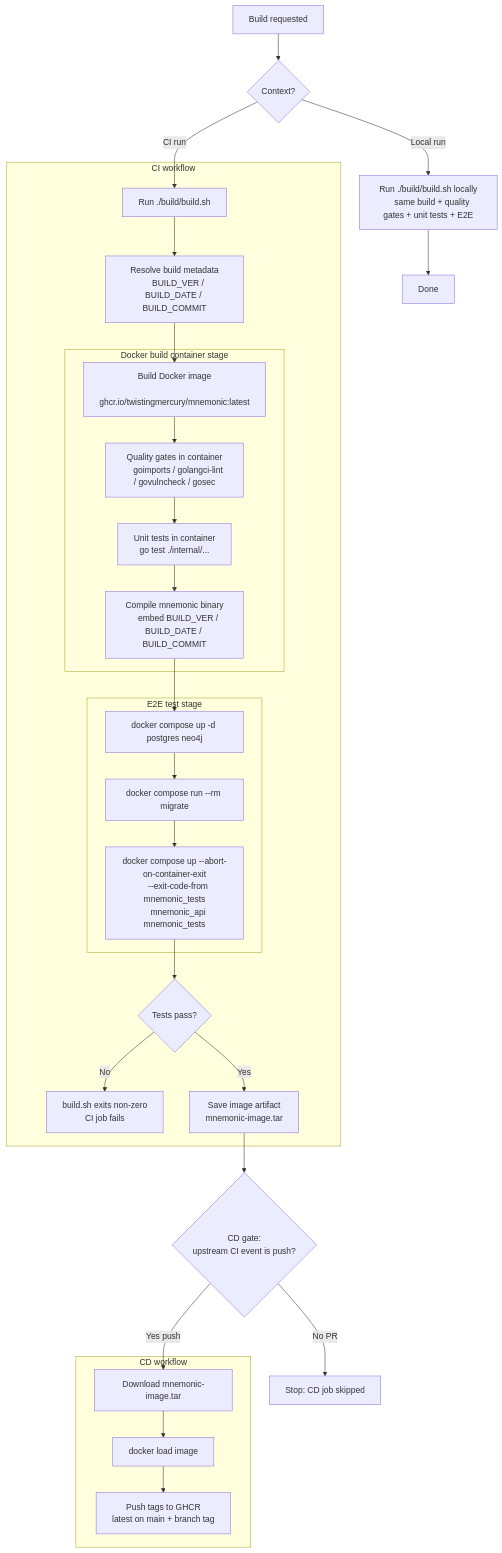
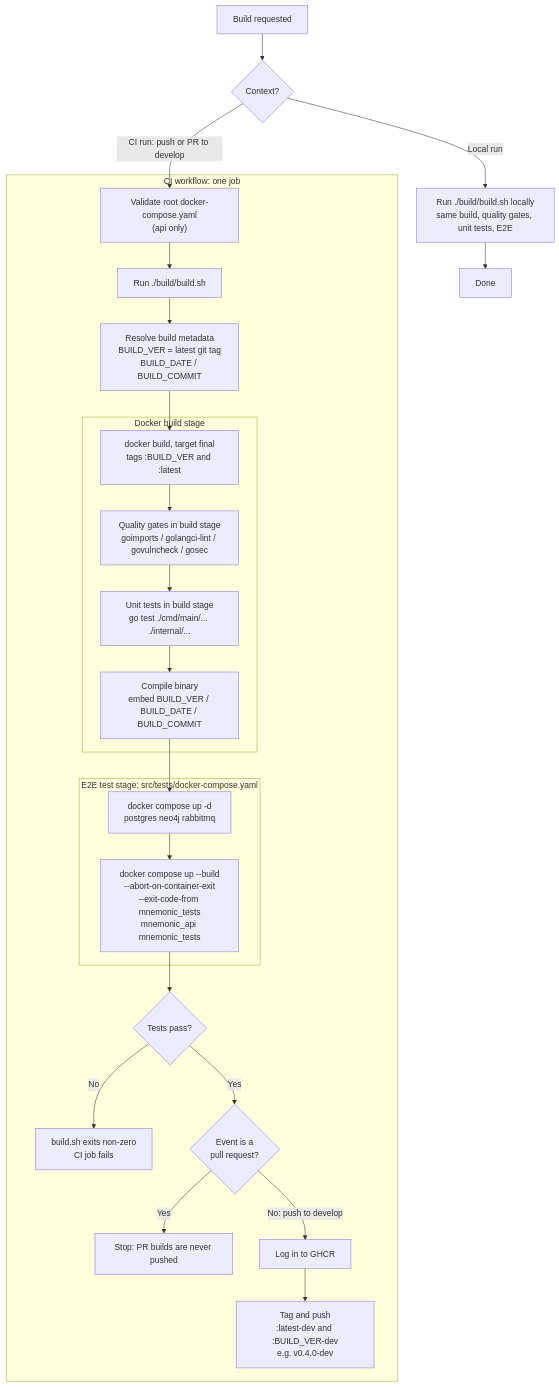
The diagram in docs/diagrams/example-go-ci-cd-diagram.md (twistingmercury/mnemonic-docs), drawn with Mermaid before and after one commit. The commit also changed other lines of this file and 41 other files, not shown here.

First line of the commit message:
docs: review all docs against v0.4.0 develop code

````diff
--- a/docs/diagrams/example-go-ci-cd-diagram.md
+++ b/docs/diagrams/example-go-ci-cd-diagram.md
@@ -8,55 +8,32 @@
 ```mermaid
 flowchart TD
     A["Build requested"] --> K{"Context?"}
-    K -->|Local run| L["Run ./build/build.sh locally
-    same build + quality gates + unit tests + E2E"]
+    K -->|Local run| L["Run ./build/build.sh locally<br/>same build, quality gates, unit tests, E2E"]
     L --> L1["Done"]
-    K -->|CI run| B
+    K -->|"CI run: push or PR to develop"| V
 
-    subgraph CI0[CI workflow]
-    B["Run ./build/build.sh"] --> B1["Resolve build metadata
-    BUILD_VER / BUILD_DATE / BUILD_COMMIT"]
-    subgraph C0[Docker build container stage]
-    C["Build Docker image
-    ghcr.io/twistingmercury/mnemonic:latest"] --> C1["Quality gates in container
-    goimports / golangci-lint / govulncheck / gosec"]
-    C1 --> C2["Unit tests in container
-    go test ./internal/..."]
-    C2 --> C3["Compile mnemonic binary
-    embed BUILD_VER / BUILD_DATE / BUILD_COMMIT"]
+    subgraph CI0[CI workflow: one job]
+    V["Validate root docker-compose.yaml<br/>(api only)"] --> B["Run ./build/build.sh"]
+    B --> B1["Resolve build metadata<br/>BUILD_VER = latest git tag<br/>BUILD_DATE / BUILD_COMMIT"]
+    subgraph C0[Docker build stage]
+    C["docker build, target final<br/>tags :BUILD_VER and :latest"] --> C1["Quality gates in build stage<br/>goimports / golangci-lint / govulncheck / gosec"]
+    C1 --> C2["Unit tests in build stage<br/>go test ./cmd/main/... ./internal/..."]
+    C2 --> C3["Compile binary<br/>embed BUILD_VER / BUILD_DATE / BUILD_COMMIT"]
     end
     B1 --> C
 
-    subgraph D0[E2E test stage]
-    E["docker compose up -d postgres neo4j"]
-    F["docker compose run --rm migrate"]
-    G["docker compose up --abort-on-container-exit
-    --exit-code-from mnemonic_tests
-    mnemonic_api mnemonic_tests"]
-    E --> F
-    F --> G
+    subgraph D0[E2E test stage: src/tests/docker-compose.yaml]
+    E["docker compose up -d<br/>postgres neo4j rabbitmq"]
+    G["docker compose up --build<br/>--abort-on-container-exit<br/>--exit-code-from mnemonic_tests<br/>mnemonic_api mnemonic_tests"]
+    E --> G
     end
 
     C3 --> E
     G --> H{"Tests pass?"}
-    H -->|No| I["build.sh exits non-zero
-    CI job fails"]
-    H -->|Yes| M["Save image artifact
-    mnemonic-image.tar"]
+    H -->|No| I["build.sh exits non-zero<br/>CI job fails"]
+    H -->|Yes| N{"Event is a<br/>pull request?"}
+    N -->|Yes| Q["Stop: PR builds are never pushed"]
+    N -->|"No: push to develop"| O["Log in to GHCR"]
+    O --> R["Tag and push<br/>:latest-dev and :BUILD_VER-dev<br/>e.g. v0.4.0-dev"]
     end
-
-    M --> N{"CD gate:
-    upstream CI event is push?"}
-    N -->|No PR| Q["Stop: CD job skipped"]
-
-    subgraph CD0[CD workflow]
-    O["Download mnemonic-image.tar"]
-    P["docker load image"]
-    R["Push tags to GHCR
-    latest on main + branch tag"]
-    O --> P
-    P --> R
-    end
-
-    N -->|Yes push| O
 ```
````
